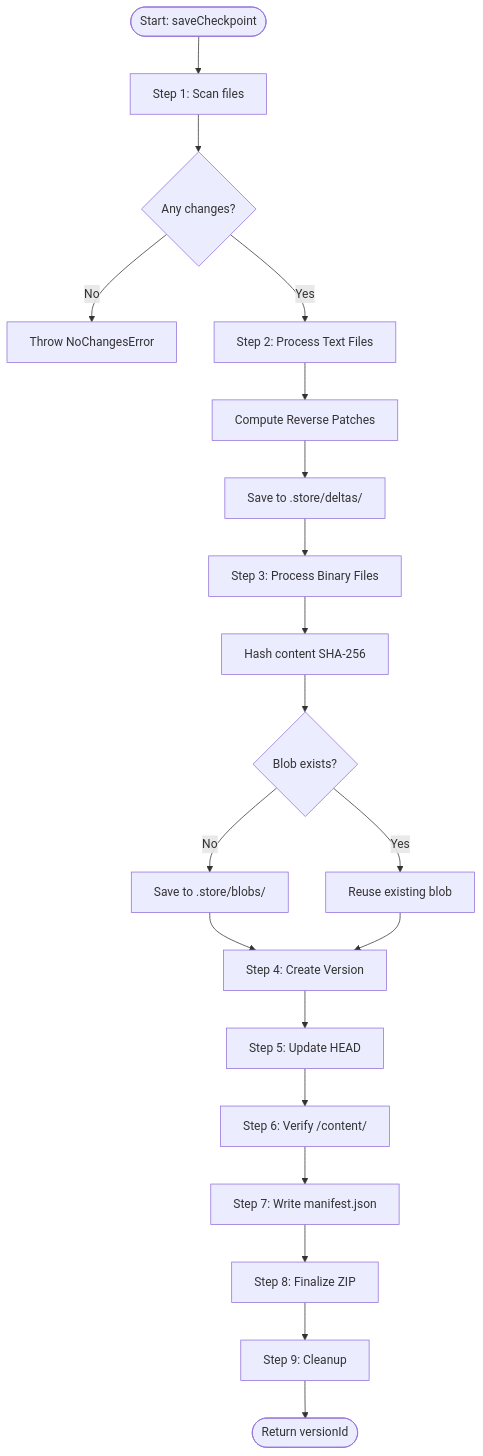
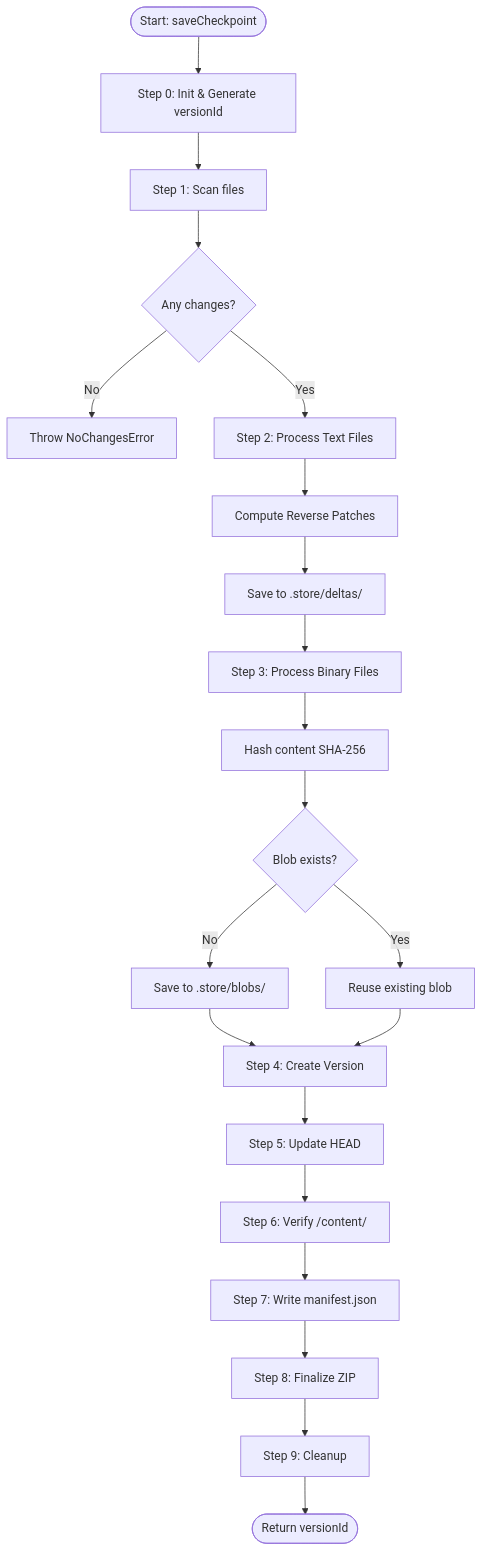
One commit to kacperpaczos/kamaros changed the diagram in docs/05-algorithms/01-save-checkpoint.md. Above: the diagram before and after it, drawn with Mermaid. The commit also changed other lines of this file and 11 other files, not shown here.

````diff
--- a/docs/05-algorithms/01-save-checkpoint.md
+++ b/docs/05-algorithms/01-save-checkpoint.md
@@ -604,50 +634,52 @@
 ```mermaid
 flowchart TD
     Start([Start: saveCheckpoint])
     
+    Init[Step 0: Init & Generate versionId]
     Scan[Step 1: Scan files]
     Changes{Any changes?}
     NoChanges[Throw NoChangesError]
     
     ProcessText[Step 2: Process Text Files]
     ComputePatches[Compute Reverse Patches]
     SavePatches[Save to .store/deltas/]
     
     ProcessBinary[Step 3: Process Binary Files]
     HashBinaries[Hash content SHA-256]
     CheckExists{Blob exists?}
     SaveBlob[Save to .store/blobs/]
     Reuse[Reuse existing blob]
     
     CreateVersion[Step 4: Create Version]
     UpdateRefs[Step 5: Update HEAD]
     UpdateWorkingCopy[Step 6: Verify /content/]
     WriteManifest[Step 7: Write manifest.json]
     FinalizeZip[Step 8: Finalize ZIP]
     Cleanup[Step 9: Cleanup]
     
     Done([Return versionId])
     
-    Start --> Scan
+    Start --> Init
+    Init --> Scan
     Scan --> Changes
     Changes -->|No| NoChanges
     Changes -->|Yes| ProcessText
     
     ProcessText --> ComputePatches
     ComputePatches --> SavePatches
     SavePatches --> ProcessBinary
     
     ProcessBinary --> HashBinaries
     HashBinaries --> CheckExists
     CheckExists -->|No| SaveBlob
     CheckExists -->|Yes| Reuse
     SaveBlob --> CreateVersion
     Reuse --> CreateVersion
     
     CreateVersion --> UpdateRefs
     UpdateRefs --> UpdateWorkingCopy
     UpdateWorkingCopy --> WriteManifest
     WriteManifest --> FinalizeZip
     FinalizeZip --> Cleanup
     Cleanup --> Done
 ```
````
